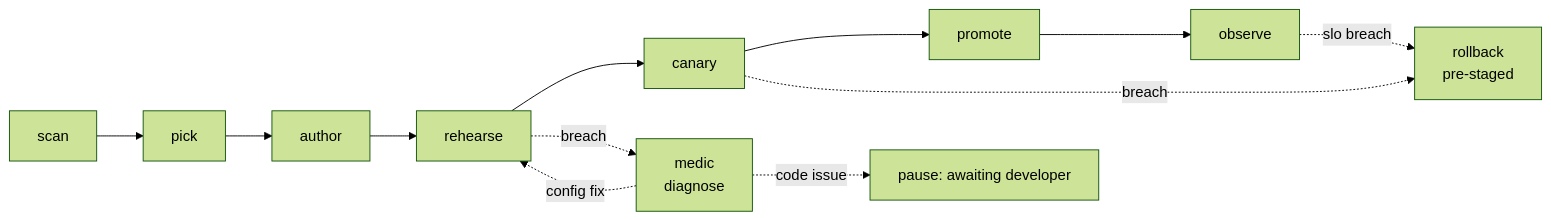
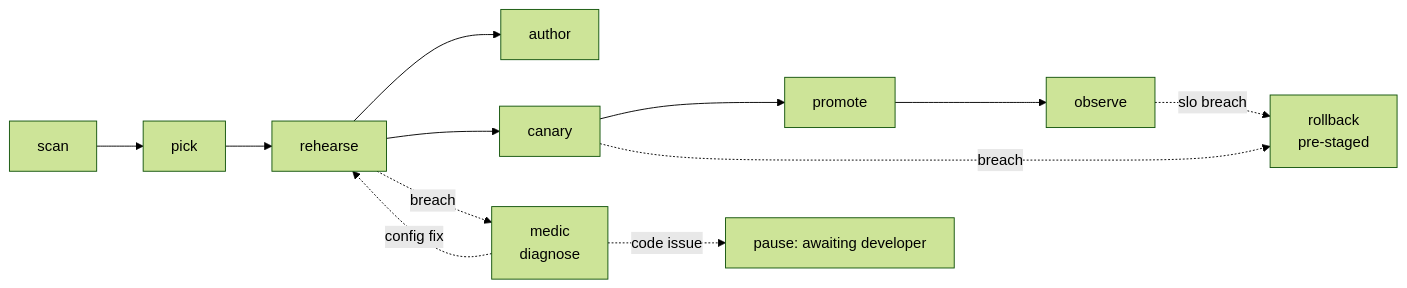
Before and after one commit to teckedd-code2save/convoy: the second of 5 diagrams in docs/architecture.md, drawn with Mermaid (forest theme). The commit also changed other lines of this file and 19 other files, not shown here.

````diff
--- a/docs/architecture.md
+++ b/docs/architecture.md
@@ -64,14 +64,14 @@
 ```mermaid
 flowchart LR
   scan --> pick
-  pick --> author
-  author --> rehearse
+  pick --> rehearse
+  rehearse --> author
   rehearse --> canary
   canary --> promote
   promote --> observe
   rehearse -. breach .-> medic["medic<br/>diagnose"]
   canary -. breach .-> rollback["rollback<br/>pre-staged"]
   observe -. slo breach .-> rollback
   medic -. config fix .-> rehearse
   medic -. code issue .-> pause["pause: awaiting developer"]
 ```
````
